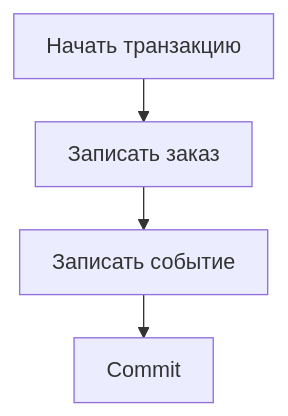
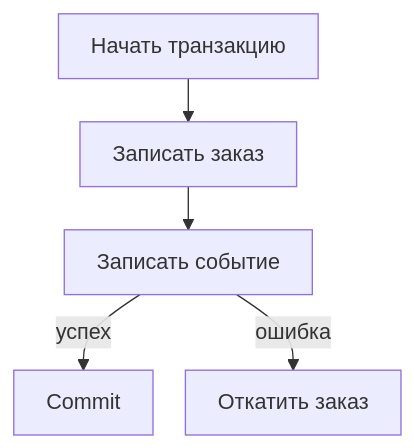
The diagram in translations/ru/blog/posts/2026-09-13-sqlalchemy-sessions-and-transactions.md (bedrock-python/bedrock-python.github.io), drawn with Mermaid before and after one commit. The commit also changed other lines of this file and 205 other files, not shown here.

````diff
--- a/translations/ru/blog/posts/2026-09-13-sqlalchemy-sessions-and-transactions.md
+++ b/translations/ru/blog/posts/2026-09-13-sqlalchemy-sessions-and-transactions.md
@@ -71,21 +113,24 @@
 ```mermaid
 ---
 config:
   theme: default
   look: classic
   flowchart:
     useMaxWidth: false
     wrappingWidth: 150
     padding: 12
     nodeSpacing: 24
     rankSpacing: 32
 ---
 flowchart TD
     accTitle: Заказ и событие сохраняются вместе
-    accDescr: Изменение заказа и запись события используют одну транзакцию. Ошибка до commit откатывает обе записи.
+    accDescr: Ошибка записи события откатывает заказ. При успешном завершении транзакции обе записи сохраняются вместе.
     A["Начать транзакцию"]
     B["Записать заказ"]
     C["Записать событие"]
     D["Commit"]
-    A --> B --> C --> D
+    E["Откатить заказ"]
+    A --> B --> C
+    C -->|успех| D
+    C -->|ошибка| E
 ```
````
